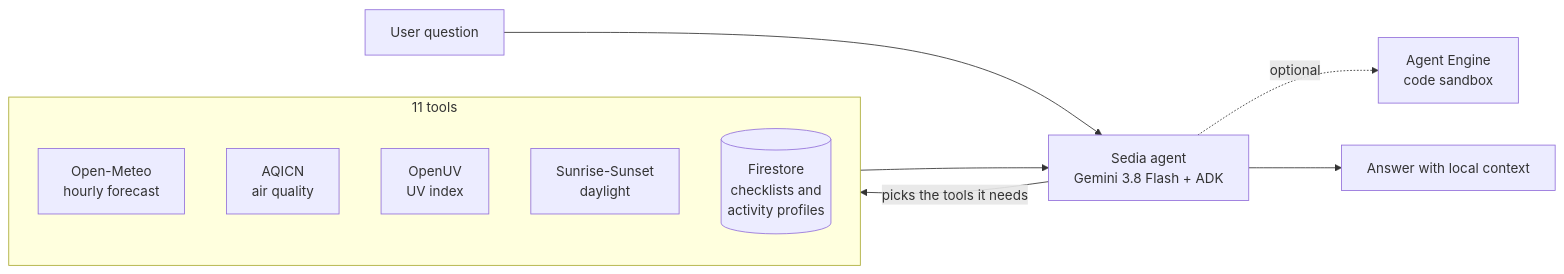
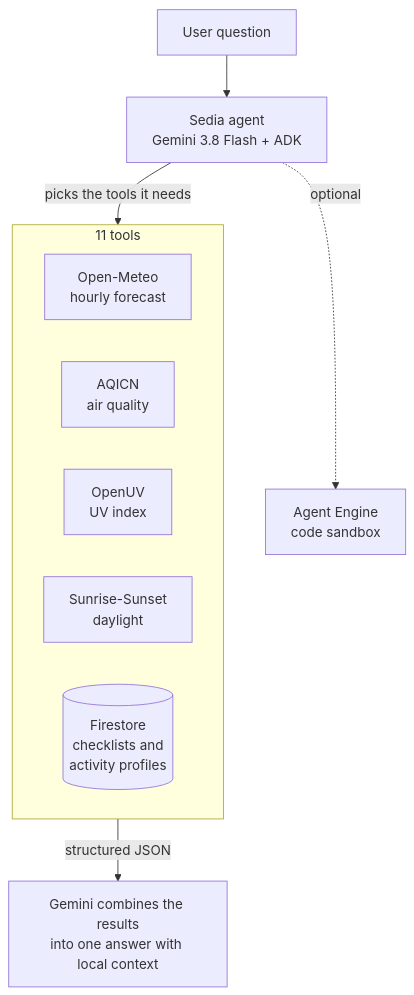
One commit to MogaTaufiq/buildwithgemini-daily-weather-companion changed the diagram in README.md. Above: the diagram before and after it, drawn with Mermaid.

Commit message:
Lay out the README flow diagram top-down so it fits the page

````diff
--- a/README.md
+++ b/README.md
@@ -31,15 +31,15 @@
 ```mermaid
-flowchart LR
+flowchart TD
     U["User question"] --> A["Sedia agent<br/>Gemini 3.8 Flash + ADK"]
+    A -.->|optional| X["Agent Engine<br/>code sandbox"]
     A -->|picks the tools it needs| T
     subgraph T["11 tools"]
+        direction LR
         W["Open-Meteo<br/>hourly forecast"]
         Q["AQICN<br/>air quality"]
         V["OpenUV<br/>UV index"]
         S["Sunrise-Sunset<br/>daylight"]
         F[("Firestore<br/>checklists and<br/>activity profiles")]
     end
-    T --> A
-    A -.->|optional| X["Agent Engine<br/>code sandbox"]
-    A --> R["Answer with local context"]
+    T -->|structured JSON| R["Gemini combines the results<br/>into one answer with local context"]
 ```
````
